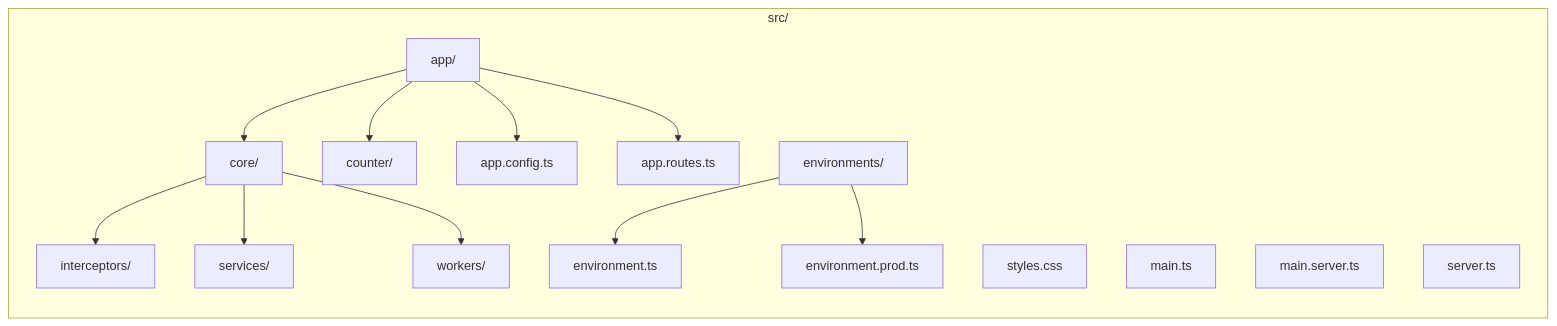
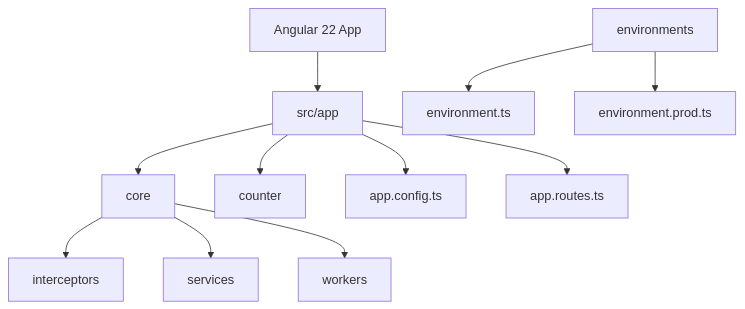
One commit to mmdj04/opencode-angular changed the third of 3 diagrams in README.md. Above: the diagram before and after it, drawn with Mermaid.

Commit message:
docs: fix mermaid diagram syntax for github rendering

````diff
--- a/README.md
+++ b/README.md
@@ -68,21 +68,13 @@
 ```mermaid
-flowchart LR
-    subgraph src["src/"]
-        A[app/] --> B[core/]
-        A --> C[counter/]
-        A --> D[app.config.ts]
-        A --> E[app.routes.ts]
-
-        B --> F[interceptors/]
-        B --> G[services/]
-        B --> H[workers/]
-
-        I[environments/] --> J[environment.ts]
-        I --> K[environment.prod.ts]
-
-        L[styles.css]
-        M[main.ts]
-        N[main.server.ts]
-        O[server.ts]
-    end
+flowchart TD
+    A[Angular 22 App] --> B[src/app]
+    B --> C[core]
+    B --> D[counter]
+    B --> E[app.config.ts]
+    B --> F[app.routes.ts]
+    C --> G[interceptors]
+    C --> H[services]
+    C --> I[workers]
+    J[environments] --> K[environment.ts]
+    J --> L[environment.prod.ts]
 ```
````
